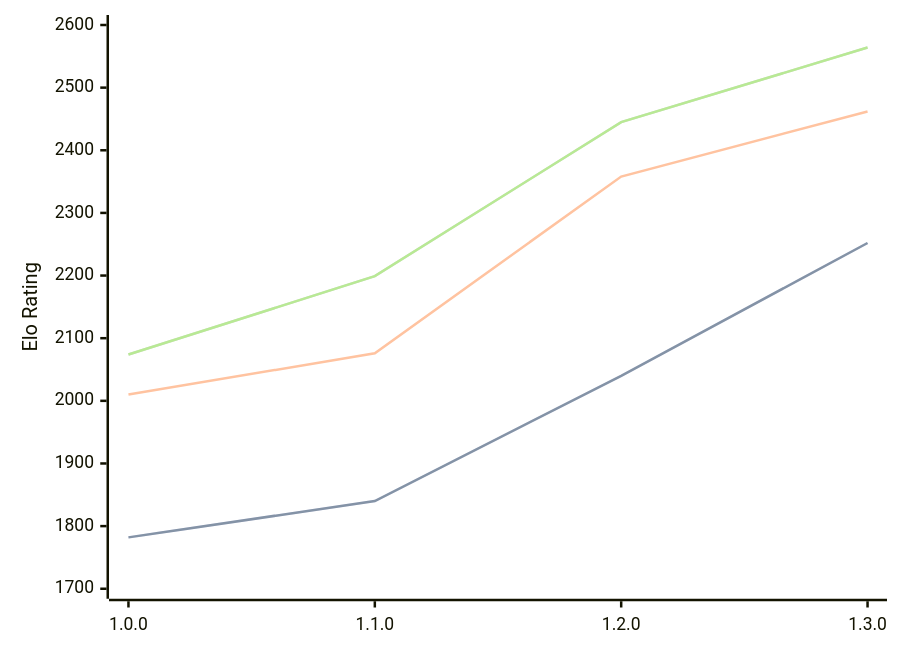
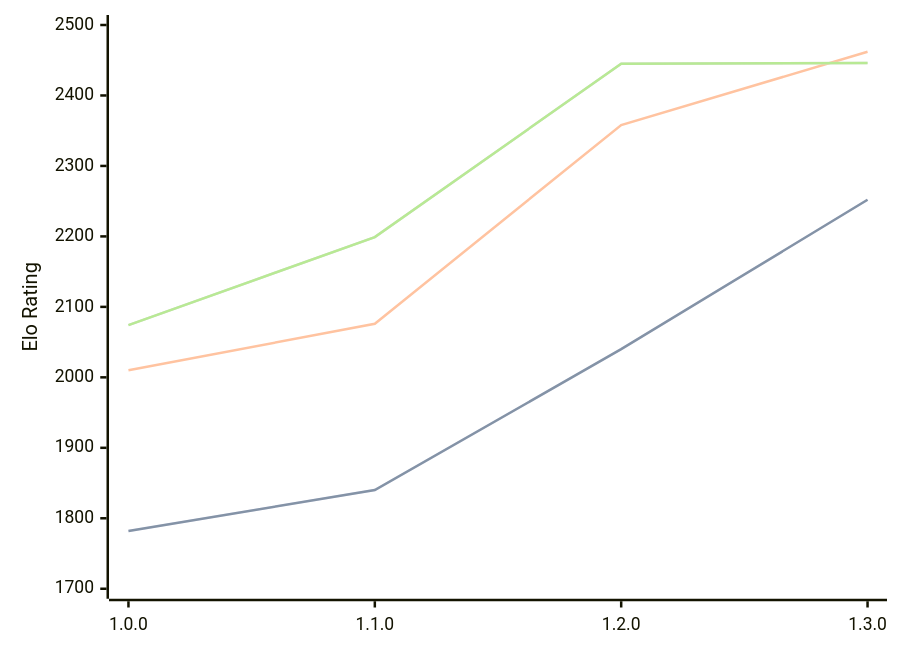
One commit to computer-chess-index/cci changed the diagram in engines/Anodos.md. Above: the diagram before and after it, drawn with Mermaid. The commit also changed other lines of this file, not shown here.

Commit message:
Update CCI Ratings (ELO VLTC) - 2026-02-23

````diff
--- a/engines/Anodos.md
+++ b/engines/Anodos.md
@@ -42,11 +42,11 @@
 ```mermaid
 %%{init: {"theme":"base","themeVariables":{"seriesColors:['#a3a3a3','#222221','#faa371']}}}%%
 xychart-beta
   x-axis ["1.0.0", "1.1.0", "1.2.0", "1.3.0"]
-  y-axis "Elo Rating" 1700 --> 2600
+  y-axis "Elo Rating" 1700 --> 2500
   line "STC (8.0+0.08s)" [1782, 1840, 2040, 2252]
   line "STC (8.0+0.08s)" [1782, 1840, 2040, 2252]
   line "LTC (60.0+0.60s)" [2010, 2076, 2358, 2462]
-  line "VLTC (2m24s+1.12s)" [2074, 2199, 2445, 2564]
-  line "VLTC (2m24s+1.12s)" [2074, 2199, 2445, 2564]
+  line "VLTC (2m24s+1.12s)" [2074, 2199, 2445, 2446]
+  line "VLTC (2m24s+1.12s)" [2074, 2199, 2445, 2446]
 ```
````
